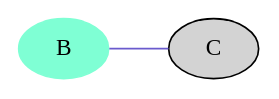
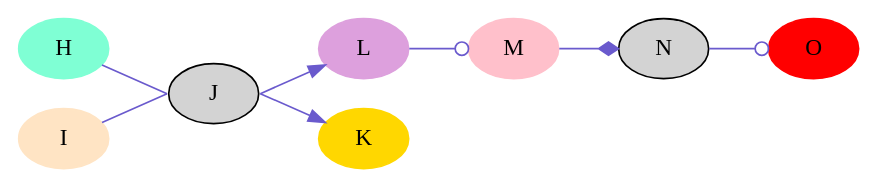
The diagram in out/clusters.out.07.001.gv (graphviz-perl/GraphViz2-Marpa-PathUtils), drawn with Graphviz before and after one commit. The commit also changed 47 other files, not shown here.

```diff
--- a/out/clusters.out.07.001.gv
+++ b/out/clusters.out.07.001.gv
@@ -1,11 +1,22 @@
 digraph Perl
 {
 	graph[rankdir = "LR"]
 	node[shape = "oval"]
 	edge[color = "slateblue"]
 	node[style = "filled"]
-	B[color = "aquamarine"]
-	C
-	B -> C[arrowhead = "none" label = "" samehead = "1"]
+	H[color = "aquamarine"]
+	L[color = "plum"]
+	M[color = "pink"]
+	O[color = "red"]
+	I[color = "bisque"]
+	K[color = "gold"]
+	J
+	I -> J[arrowhead = "none" label = "" samehead = "1"]
+	H -> J[arrowhead = "none" label = "" samehead = "1"]
+	J -> L[label = "" sametail = "1"]
+	J -> K[label = "" sametail = "1"]
+	L -> M[arrowhead = "odot"]
+	M -> N[arrowhead = "diamond"]
+	N -> O[arrowhead = "odot"]
 
 }
```
